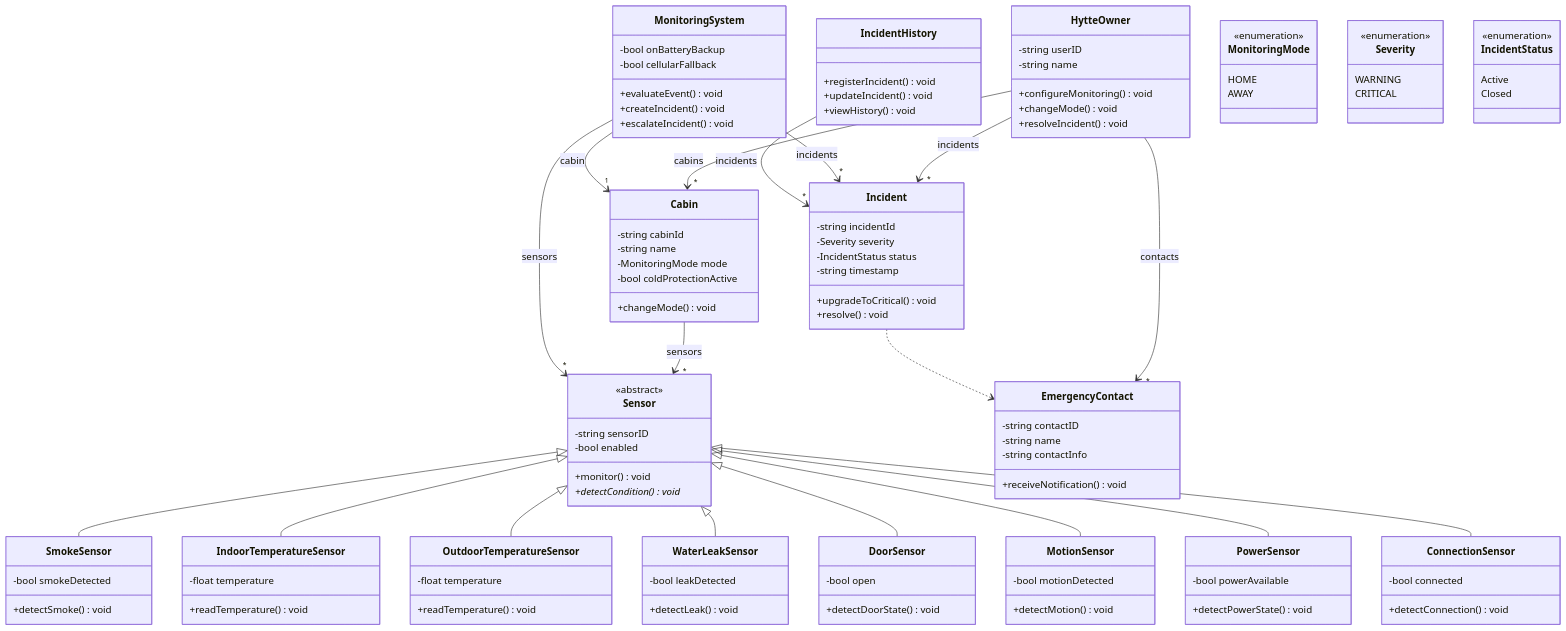
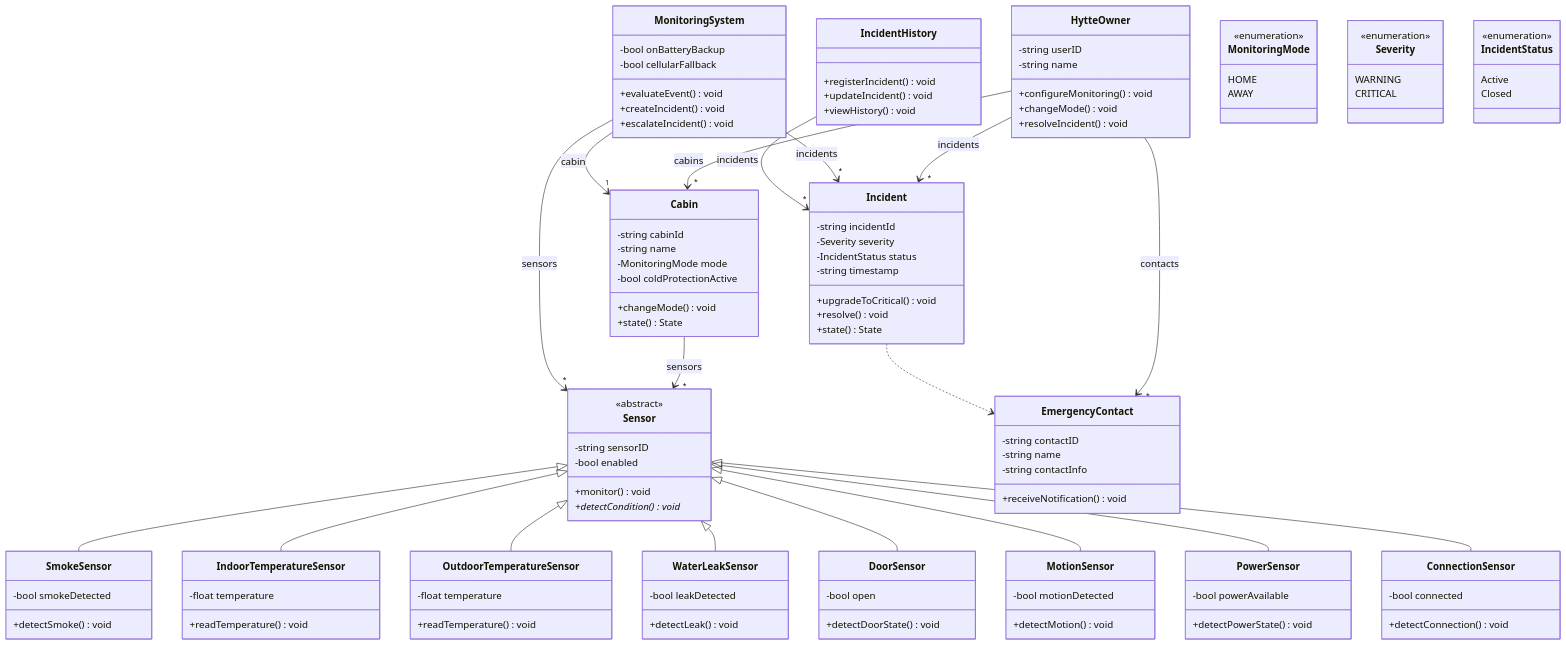
The diagram in project/diagrams/conversion/class.mmd (hytte-monitoring/hytte-monitoring.github.io), drawn with Mermaid before and after one commit. The commit also changed 28 other files, not shown here.

```diff
--- a/project/diagrams/conversion/class.mmd
+++ b/project/diagrams/conversion/class.mmd
@@ -1,134 +1,136 @@
 %% Source for diagrams/input/class.drawio, converted from model/class-diagram/class-diagram.drawio.
 %% Same classes, attributes and methods as the team's diagram; see README.md for every change.
 classDiagram
     direction TB
 
     class HytteOwner {
         -string userID
         -string name
         +configureMonitoring() void
         +changeMode() void
         +resolveIncident() void
     }
 
     class Cabin {
         -string cabinId
         -string name
         -MonitoringMode mode
         -bool coldProtectionActive
         +changeMode() void
+        +state() State
     }
 
     class MonitoringSystem {
         -bool onBatteryBackup
         -bool cellularFallback
         +evaluateEvent() void
         +createIncident() void
         +escalateIncident() void
     }
 
     class Sensor {
         <<abstract>>
         -string sensorID
         -bool enabled
         +monitor() void
         +detectCondition() void*
     }
 
     class SmokeSensor {
         -bool smokeDetected
         +detectSmoke() void
     }
 
     class IndoorTemperatureSensor {
         -float temperature
         +readTemperature() void
     }
 
     class OutdoorTemperatureSensor {
         -float temperature
         +readTemperature() void
     }
 
     class WaterLeakSensor {
         -bool leakDetected
         +detectLeak() void
     }
 
     class DoorSensor {
         -bool open
         +detectDoorState() void
     }
 
     class MotionSensor {
         -bool motionDetected
         +detectMotion() void
     }
 
     class PowerSensor {
         -bool powerAvailable
         +detectPowerState() void
     }
 
     class ConnectionSensor {
         -bool connected
         +detectConnection() void
     }
 
     class Incident {
         -string incidentId
         -Severity severity
         -IncidentStatus status
         -string timestamp
         +upgradeToCritical() void
         +resolve() void
+        +state() State
     }
 
     class IncidentHistory {
         +registerIncident() void
         +updateIncident() void
         +viewHistory() void
     }
 
     class EmergencyContact {
         -string contactID
         -string name
         -string contactInfo
         +receiveNotification() void
     }
 
     class MonitoringMode {
         <<enumeration>>
         HOME
         AWAY
     }
 
     class Severity {
         <<enumeration>>
         WARNING
         CRITICAL
     }
 
     class IncidentStatus {
         <<enumeration>>
         Active
         Closed
     }
 
     Sensor <|-- SmokeSensor
     Sensor <|-- IndoorTemperatureSensor
     Sensor <|-- OutdoorTemperatureSensor
     Sensor <|-- WaterLeakSensor
     Sensor <|-- DoorSensor
     Sensor <|-- MotionSensor
     Sensor <|-- PowerSensor
     Sensor <|-- ConnectionSensor
     HytteOwner --> "*" Cabin : cabins
     HytteOwner --> "*" EmergencyContact : contacts
     HytteOwner --> "*" Incident : incidents
     Cabin --> "*" Sensor : sensors
     MonitoringSystem --> "1" Cabin : cabin
     MonitoringSystem --> "*" Sensor : sensors
     MonitoringSystem --> "*" Incident : incidents
     IncidentHistory --> "*" Incident : incidents
     Incident ..> EmergencyContact
```
